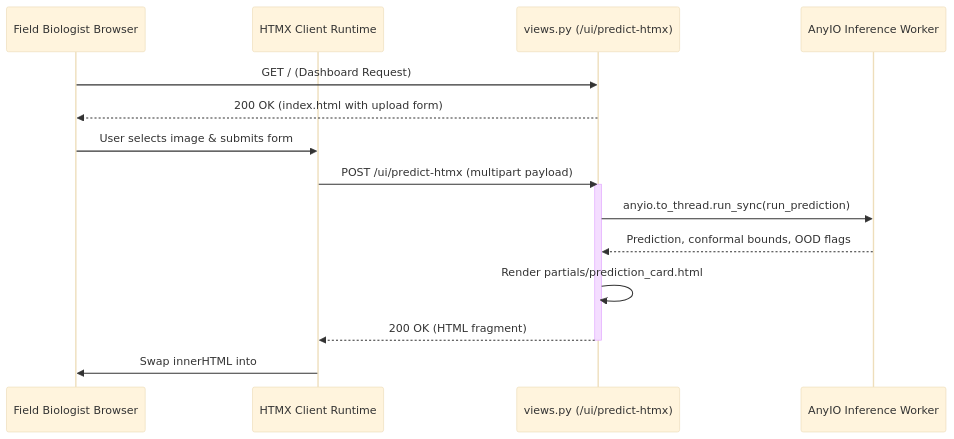
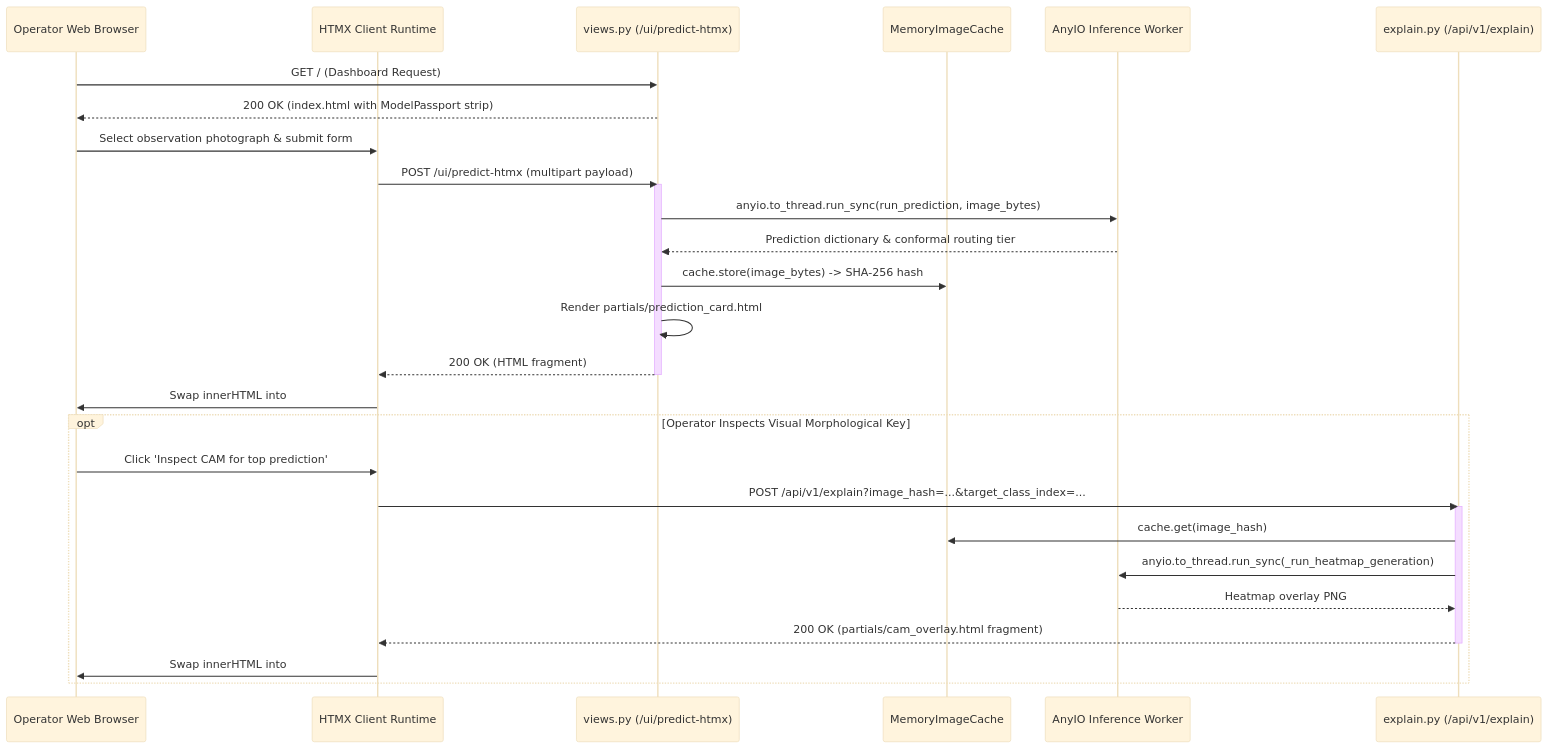
Before and after one commit to foersben/taxon-vision-mlops: the fourth of 4 diagrams in openwiki/operations/service-and-api.md, drawn with Mermaid (base theme). The commit also changed other lines of this file and 27 other files, not shown here.

````diff
--- a/openwiki/operations/service-and-api.md
+++ b/openwiki/operations/service-and-api.md
@@ -338,20 +448,35 @@
 ```mermaid
 sequenceDiagram
-    participant Browser as Field Biologist Browser
+    participant Browser as Operator Web Browser
     participant HTMX as HTMX Client Runtime
     participant Views as views.py (/ui/predict-htmx)
-    participant Engine as AnyIO Inference Worker
+    participant Cache as MemoryImageCache
+    participant Worker as AnyIO Inference Worker
+    participant Explain as explain.py (/api/v1/explain)
 
     Browser->>Views: GET / (Dashboard Request)
-    Views-->>Browser: 200 OK (index.html with upload form)
+    Views-->>Browser: 200 OK (index.html with ModelPassport strip)
     
-    Browser->>HTMX: User selects image & submits form
+    Browser->>HTMX: Select observation photograph & submit form
     HTMX->>Views: POST /ui/predict-htmx (multipart payload)
     activate Views
-    Views->>Engine: anyio.to_thread.run_sync(run_prediction)
-    Engine-->>Views: Prediction, conformal bounds, OOD flags
+    Views->>Worker: anyio.to_thread.run_sync(run_prediction, image_bytes)
+    Worker-->>Views: Prediction dictionary & conformal routing tier
+    Views->>Cache: cache.store(image_bytes) -> SHA-256 hash
     Views->>Views: Render partials/prediction_card.html
     Views-->>HTMX: 200 OK (HTML fragment)
     deactivate Views
     HTMX->>Browser: Swap innerHTML into #prediction-result
+
+    opt Operator Inspects Visual Morphological Key
+        Browser->>HTMX: Click 'Inspect CAM for top prediction'
+        HTMX->>Explain: POST /api/v1/explain?image_hash=...&target_class_index=...
+        activate Explain
+        Explain->>Cache: cache.get(image_hash)
+        Explain->>Worker: anyio.to_thread.run_sync(_run_heatmap_generation)
+        Worker-->>Explain: Heatmap overlay PNG
+        Explain-->>HTMX: 200 OK (partials/cam_overlay.html fragment)
+        deactivate Explain
+        HTMX->>Browser: Swap innerHTML into #cam-container
+    end
 ```
````
